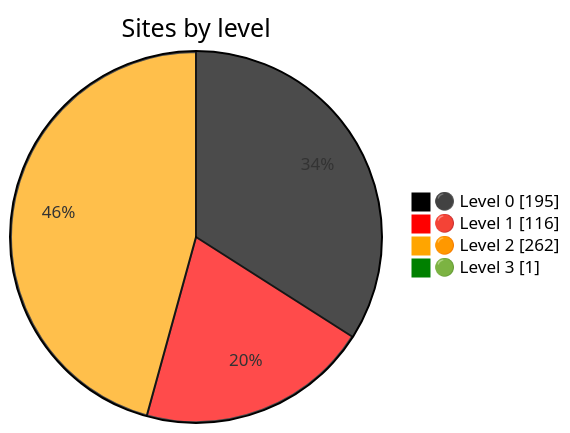
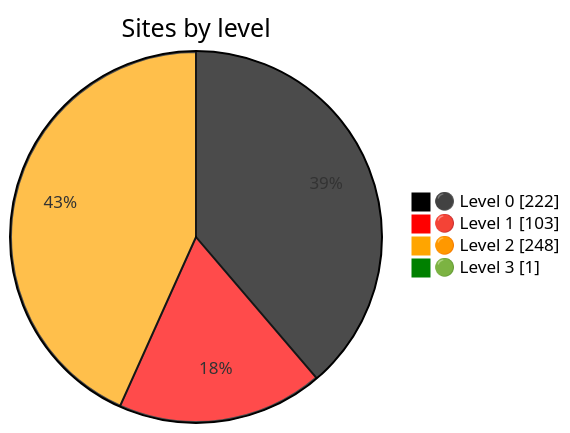
One commit to Dushmilan/gov_lk_web_auditor changed the diagram in README.md. Above: the diagram before and after it, drawn with Mermaid. The commit also changed other lines of this file and 2608 other files, not shown here.

````diff
--- a/README.md
+++ b/README.md
@@ -24,9 +24,9 @@
 ```mermaid
 %%{init: {"themeVariables":{"pie1":"black","pie2":"red","pie3":"orange","pie4":"green"}}}%%
 pie showData
     title Sites by level
-    "⚫ Level 0" : 195
-    "🔴 Level 1" : 116
-    "🟠 Level 2" : 262
+    "⚫ Level 0" : 222
+    "🔴 Level 1" : 103
+    "🟠 Level 2" : 248
     "🟢 Level 3" : 1
 ```
````
